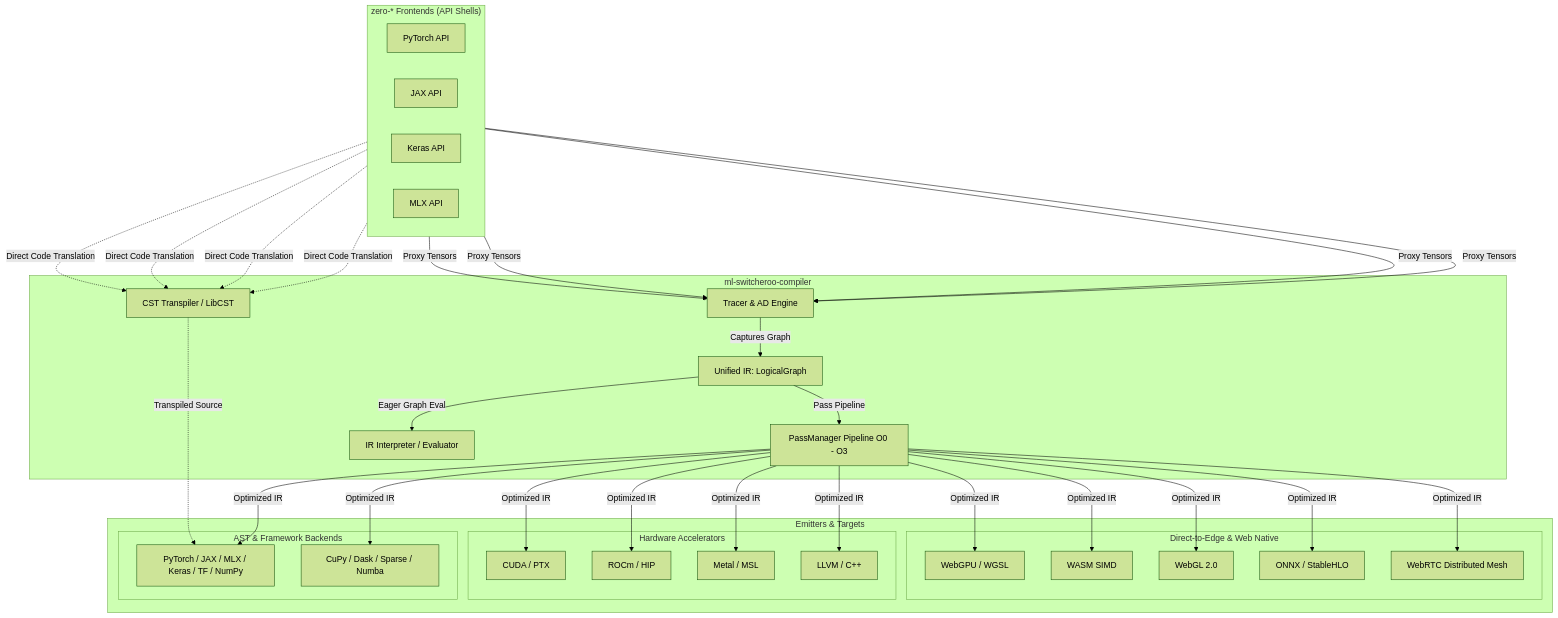
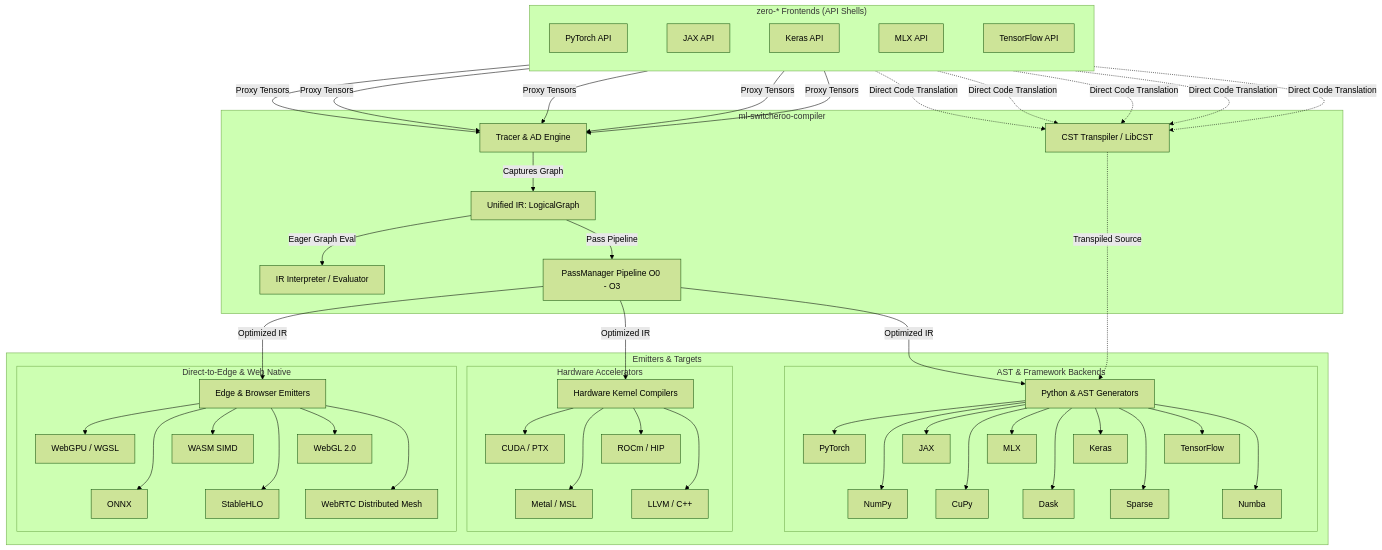
One commit to SamuelMarks/ml-switcheroo-compiler changed the first of 2 diagrams in README.md. Above: the diagram before and after it, drawn with Mermaid (forest theme). The commit also changed 30 other files, not shown here.

````diff
--- a/README.md
+++ b/README.md
@@ -50,11 +50,13 @@
         JX[JAX API]
         KR[Keras API]
         MLX_F[MLX API]
+        TF_F[TensorFlow API]
+        PT ~~~ JX ~~~ KR ~~~ MLX_F ~~~ TF_F
     end
 
     subgraph Compiler ["ml-switcheroo-compiler"]
+        TR[Tracer & AD Engine]
         CST[CST Transpiler / LibCST]
-        TR[Tracer & AD Engine]
         IR[Unified IR: LogicalGraph]
         EVAL[IR Interpreter / Evaluator]
         PM[PassManager Pipeline O0 - O3]
@@ -66,36 +68,61 @@
 
     subgraph Backends ["Emitters & Targets"]
         subgraph S2S ["AST & Framework Backends"]
-            PY[PyTorch / JAX / MLX / Keras / TF / NumPy]
-            CUPY_B[CuPy / Dask / Sparse / Numba]
+            GEN_S2S[Python & AST Generators]
+            PT_B[PyTorch]
+            JX_B[JAX]
+            MLX_B[MLX]
+            KR_B[Keras]
+            TF_B[TensorFlow]
+            NP_B[NumPy]
+            CP_B[CuPy]
+            DK_B[Dask]
+            SP_B[Sparse]
+            NB_B[Numba]
+
+            GEN_S2S --> PT_B & JX_B & MLX_B & KR_B & TF_B
+            GEN_S2S --> NP_B & CP_B & DK_B & SP_B & NB_B
+            PT_B ~~~ NP_B
+            JX_B ~~~ CP_B
+            MLX_B ~~~ DK_B
+            KR_B ~~~ SP_B
+            TF_B ~~~ NB_B
         end
+
         subgraph Hardware ["Hardware Accelerators"]
+            GEN_HW[Hardware Kernel Compilers]
             CUDA_B[CUDA / PTX]
             ROCM_B[ROCm / HIP]
             METAL_B[Metal / MSL]
             LLVM_B[LLVM / C++]
+
+            GEN_HW --> CUDA_B & ROCM_B
+            GEN_HW --> METAL_B & LLVM_B
+            CUDA_B ~~~ METAL_B
+            ROCM_B ~~~ LLVM_B
         end
+
         subgraph Edge ["Direct-to-Edge & Web Native"]
-            WG[WebGPU / WGSL]
-            WA[WASM SIMD]
-            WEBGL_B[WebGL 2.0]
-            EXPORTS[ONNX / StableHLO]
-            WEBRTC_B[WebRTC Distributed Mesh]
+            GEN_EDGE[Edge & Browser Emitters]
+            WG_B[WebGPU / WGSL]
+            WA_B[WASM SIMD]
+            GL_B[WebGL 2.0]
+            ONNX_B[ONNX]
+            SHLO_B[StableHLO]
+            RTC_B[WebRTC Distributed Mesh]
+
+            GEN_EDGE --> WG_B & WA_B & GL_B
+            GEN_EDGE --> ONNX_B & SHLO_B & RTC_B
+            WG_B ~~~ ONNX_B
+            WA_B ~~~ SHLO_B
+            GL_B ~~~ RTC_B
         end
     end
 
-    PT & JX & KR & MLX_F -.->|Direct Code Translation| CST
-    CST -.->|Transpiled Source| PY
-    PT & JX & KR & MLX_F -->|Proxy Tensors| TR
-    PM -->|Optimized IR| PY
-    PM -->|Optimized IR| CUPY_B
-    PM -->|Optimized IR| CUDA_B
-    PM -->|Optimized IR| ROCM_B
-    PM -->|Optimized IR| METAL_B
-    PM -->|Optimized IR| LLVM_B
-    PM -->|Optimized IR| WG
-    PM -->|Optimized IR| WA
-    PM -->|Optimized IR| WEBGL_B
-    PM -->|Optimized IR| EXPORTS
-    PM -->|Optimized IR| WEBRTC_B
+    PT & JX & KR & MLX_F & TF_F -.->|Direct Code Translation| CST
+    PT & JX & KR & MLX_F & TF_F -->|Proxy Tensors| TR
+    CST -.->|Transpiled Source| GEN_S2S
+    PM -->|Optimized IR| GEN_S2S
+    PM -->|Optimized IR| GEN_HW
+    PM -->|Optimized IR| GEN_EDGE
 ```
````
